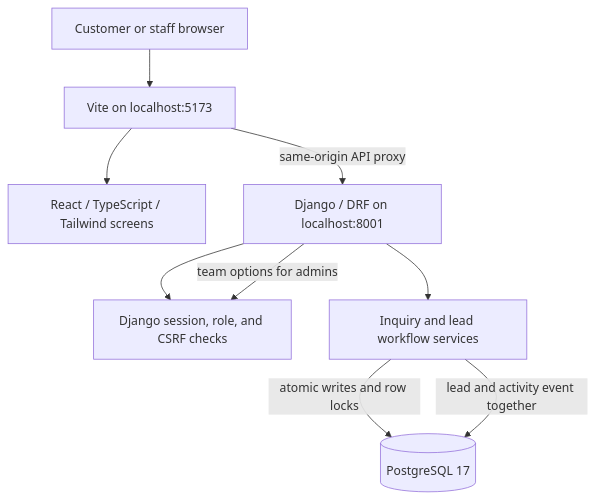
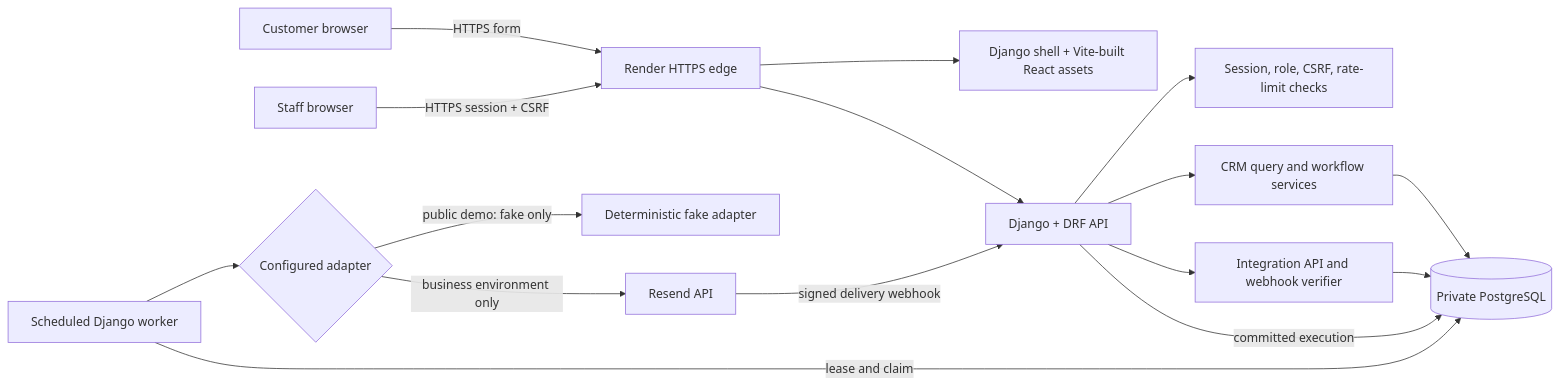
The diagram in docs/architecture.md (rainerioagbayanijr/hvac-lead-management), drawn with Mermaid before and after one commit. The commit also changed other lines of this file and 70 other files, not shown here.

````diff
--- a/docs/architecture.md
+++ b/docs/architecture.md
@@ -3,11 +3,18 @@
 ```mermaid
-flowchart TD
-    Browser[Customer or staff browser] --> Vite[Vite on localhost:5173]
-    Vite --> React[React / TypeScript / Tailwind screens]
-    Vite -->|same-origin API proxy| Django[Django / DRF on localhost:8001]
-    Django --> Auth[Django session, role, and CSRF checks]
-    Django --> CRM[Inquiry and lead workflow services]
-    CRM -->|atomic writes and row locks| PG[(PostgreSQL 17)]
-    CRM -->|lead and activity event together| PG
-    Django -->|team options for admins| Auth
+flowchart LR
+  Customer[Customer browser] -->|HTTPS form| Edge[Render HTTPS edge]
+  Staff[Staff browser] -->|HTTPS session + CSRF| Edge
+  Edge --> SPA[Django shell + Vite-built React assets]
+  Edge --> API[Django + DRF API]
+  API --> Auth[Session, role, CSRF, rate-limit checks]
+  API --> CRM[CRM query and workflow services]
+  API --> Alerts[Integration API and webhook verifier]
+  CRM --> DB[(Private PostgreSQL)]
+  Alerts --> DB
+  API -->|committed execution| DB
+  Worker[Scheduled Django worker] -->|lease and claim| DB
+  Worker --> Adapter{Configured adapter}
+  Adapter -->|public demo: fake only| Fake[Deterministic fake adapter]
+  Adapter -->|business environment only| Resend[Resend API]
+  Resend -->|signed delivery webhook| API
 ```
````
